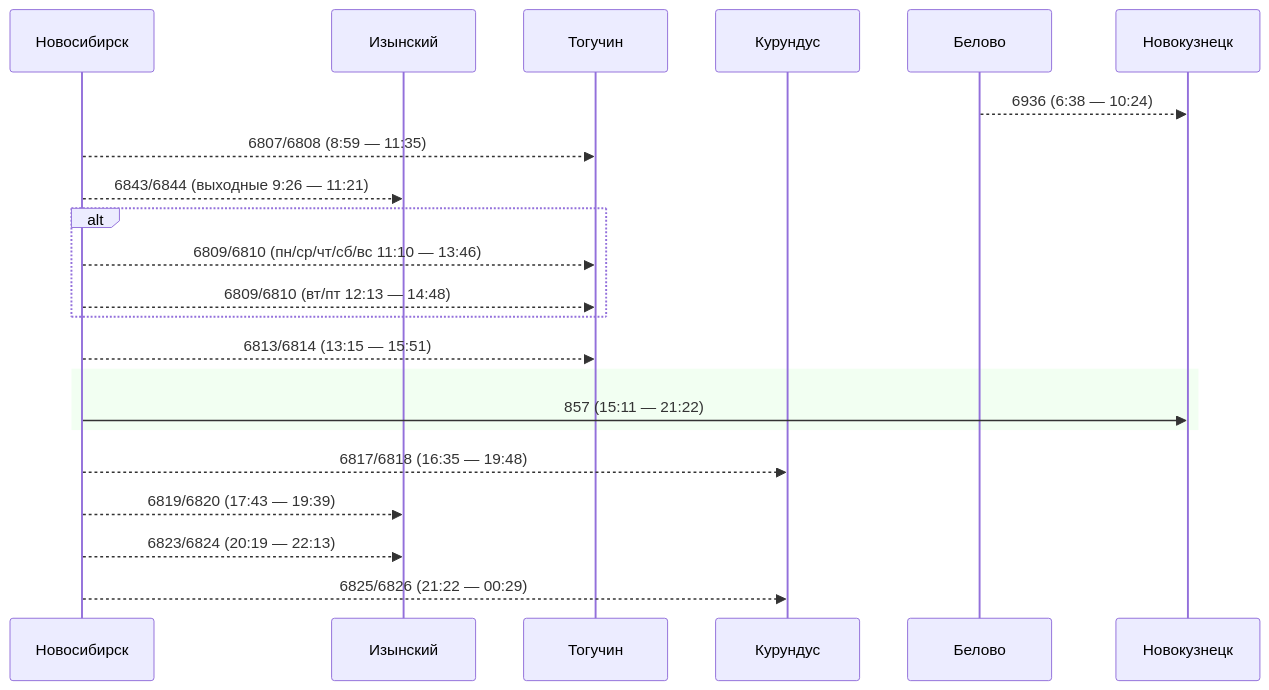
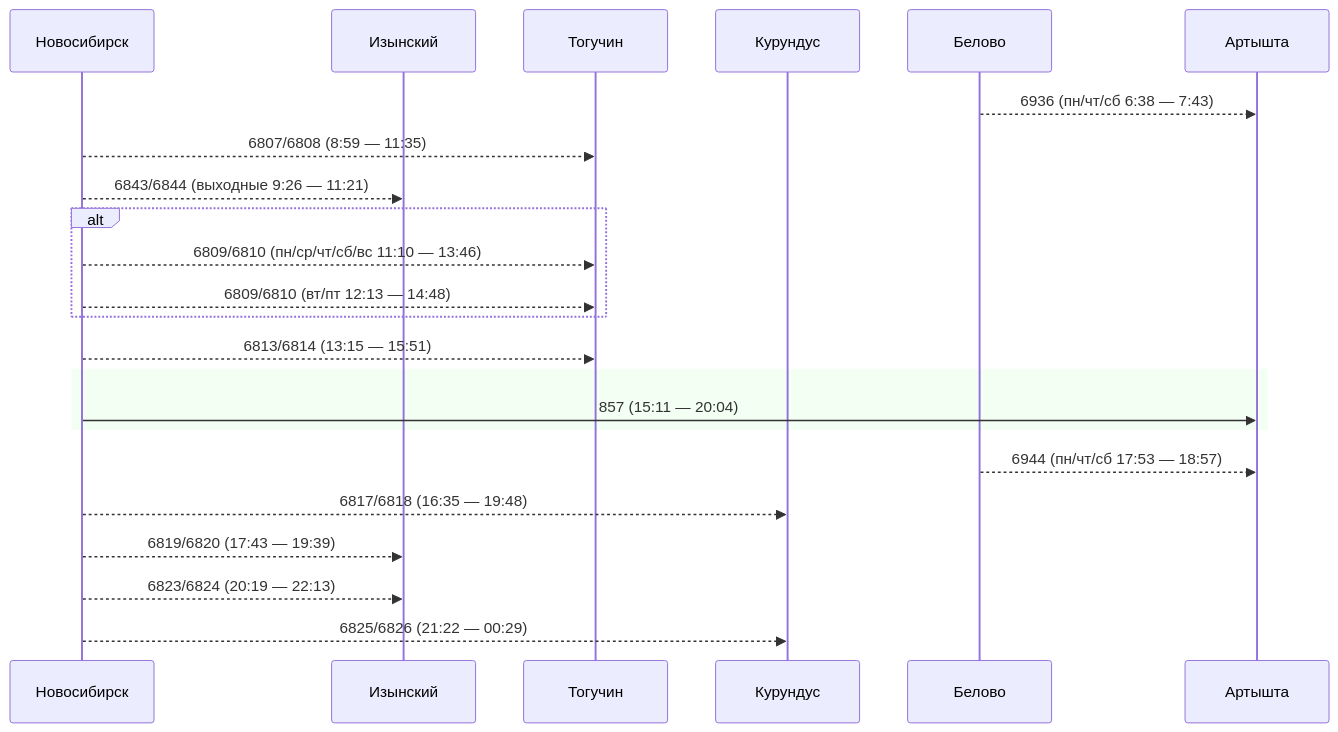
Before and after one commit to u0feff/Pezda: the fifth of 18 diagrams in Schedule/Eastbound.md, drawn with Mermaid. The commit also changed other lines of this file and 7 other files, not shown here.

````diff
--- a/Schedule/Eastbound.md
+++ b/Schedule/Eastbound.md
@@ -271,34 +241,36 @@
 ```mermaid
 sequenceDiagram
     participant Новосибирск
     participant Изынский
     participant Тогучин
     participant Курундус
     participant Белово
-    participant Новокузнецк
+    participant Артышта
 
-    Белово-->>Новокузнецк: 6936 (6:38 — 10:24)
+    Белово-->>Артышта: 6936 (пн/чт/сб 6:38 — 7:43)
 
     Новосибирск-->>Тогучин: 6807/6808 (8:59 — 11:35)
 
     Новосибирск-->>Изынский: 6843/6844 (выходные 9:26 — 11:21)
 
     alt
     Новосибирск-->>Тогучин: 6809/6810 (пн/ср/чт/сб/вс 11:10 — 13:46)
     Новосибирск-->>Тогучин: 6809/6810 (вт/пт 12:13 — 14:48)
     end
 
     Новосибирск-->>Тогучин: 6813/6814 (13:15 — 15:51)
 
     rect rgba(0, 255, 0, 0.05)
-    Новосибирск->>Новокузнецк: 857 (15:11 — 21:22)
+    Новосибирск->>Артышта: 857 (15:11 — 20:04)
     end
+
+    Белово-->>Артышта: 6944 (пн/чт/сб 17:53 — 18:57)
 
     Новосибирск-->>Курундус: 6817/6818 (16:35 — 19:48)
 
     Новосибирск-->>Изынский: 6819/6820 (17:43 — 19:39)
 
     Новосибирск-->>Изынский: 6823/6824 (20:19 — 22:13)
 
     Новосибирск-->>Курундус: 6825/6826 (21:22 — 00:29)
 ```
````
